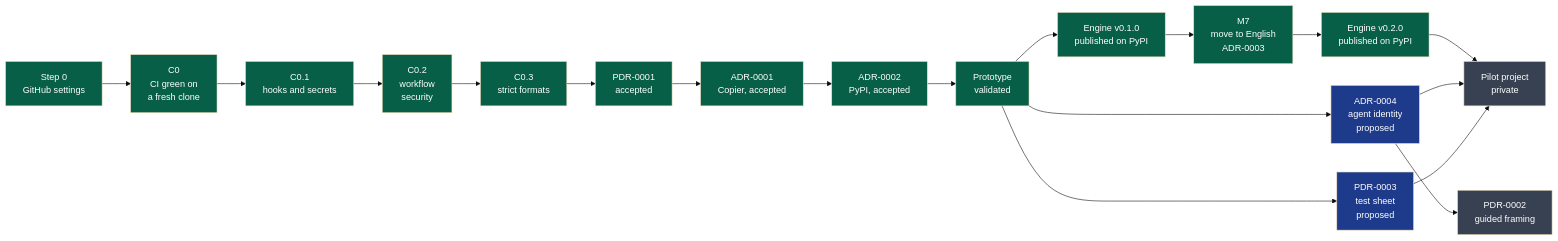
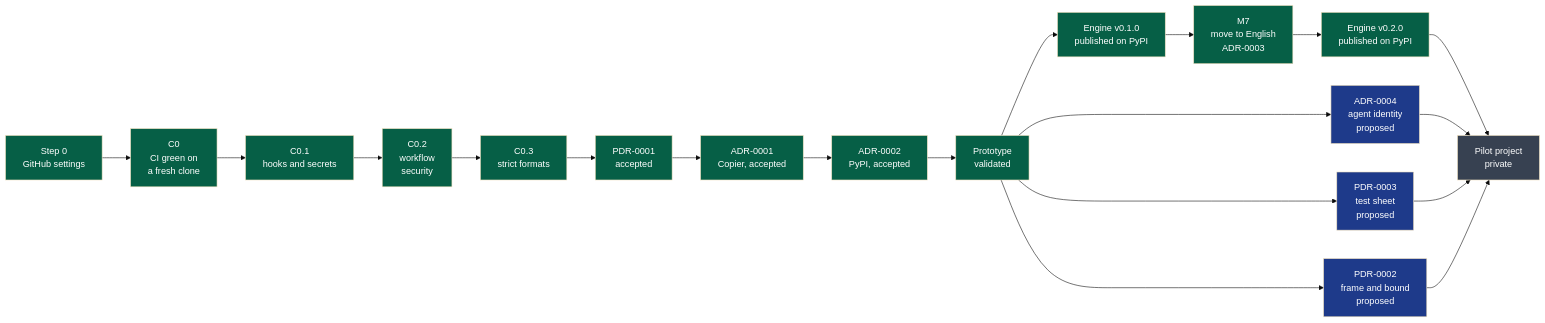
One commit to NapkinStack/engineering-os changed the first of 2 diagrams in docs/governance/workstreams.md. Above: the diagram before and after it, drawn with Mermaid (base theme). The commit also changed other lines of this file and 2 other files, not shown here.

First line of the commit message:
PDR-0002 — Frame and bound a project (#32)

````diff
--- a/docs/governance/workstreams.md
+++ b/docs/governance/workstreams.md
@@ -10,26 +10,27 @@
 ```mermaid
 flowchart LR
     S0["Step 0<br/>GitHub settings"]:::done --> C0["C0<br/>CI green on<br/>a fresh clone"]:::done
     C0 --> C01["C0.1<br/>hooks and secrets"]:::done
     C01 --> C02["C0.2<br/>workflow<br/>security"]:::done
     C02 --> C03["C0.3<br/>strict formats"]:::done
     C03 --> PDR["PDR-0001<br/>accepted"]:::done
     PDR --> A1["ADR-0001<br/>Copier, accepted"]:::done
     A1 --> A2["ADR-0002<br/>PyPI, accepted"]:::done
     A2 --> PT["Prototype<br/>validated"]:::done
     PT --> RP["Engine v0.1.0<br/>published on PyPI"]:::done
     RP --> M7["M7<br/>move to English<br/>ADR-0003"]:::done
     M7 --> V2["Engine v0.2.0<br/>published on PyPI"]:::done
     V2 --> PP["Pilot project<br/>private"]:::todo
     PT --> A4["ADR-0004<br/>agent identity<br/>proposed"]:::wip
     A4 --> PP
     PT --> P3["PDR-0003<br/>test sheet<br/>proposed"]:::wip
     P3 --> PP
-    A4 --> P2["PDR-0002<br/>guided framing"]:::todo
+    PT --> P2["PDR-0002<br/>frame and bound<br/>proposed"]:::wip
+    P2 --> PP
 
     classDef done fill:#065f46,color:#fff
     classDef wip fill:#1e3a8a,color:#fff
     classDef partial fill:#92400e,color:#fff
     classDef todo fill:#374151,color:#fff
     classDef blocked fill:#7c2d12,color:#fff
 ```
````
